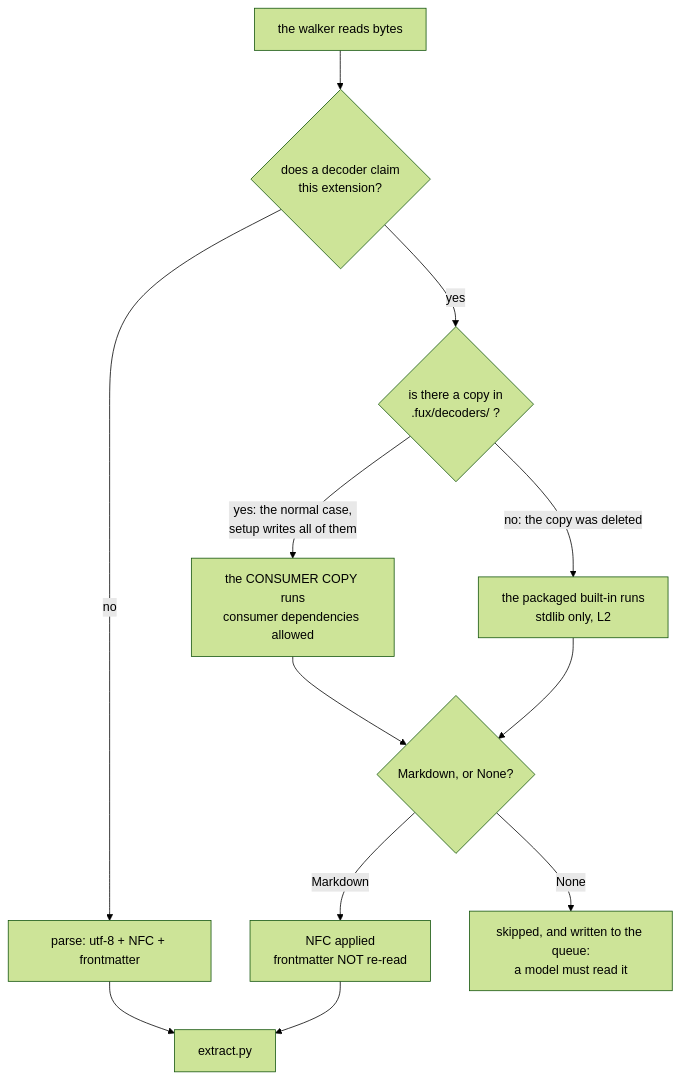
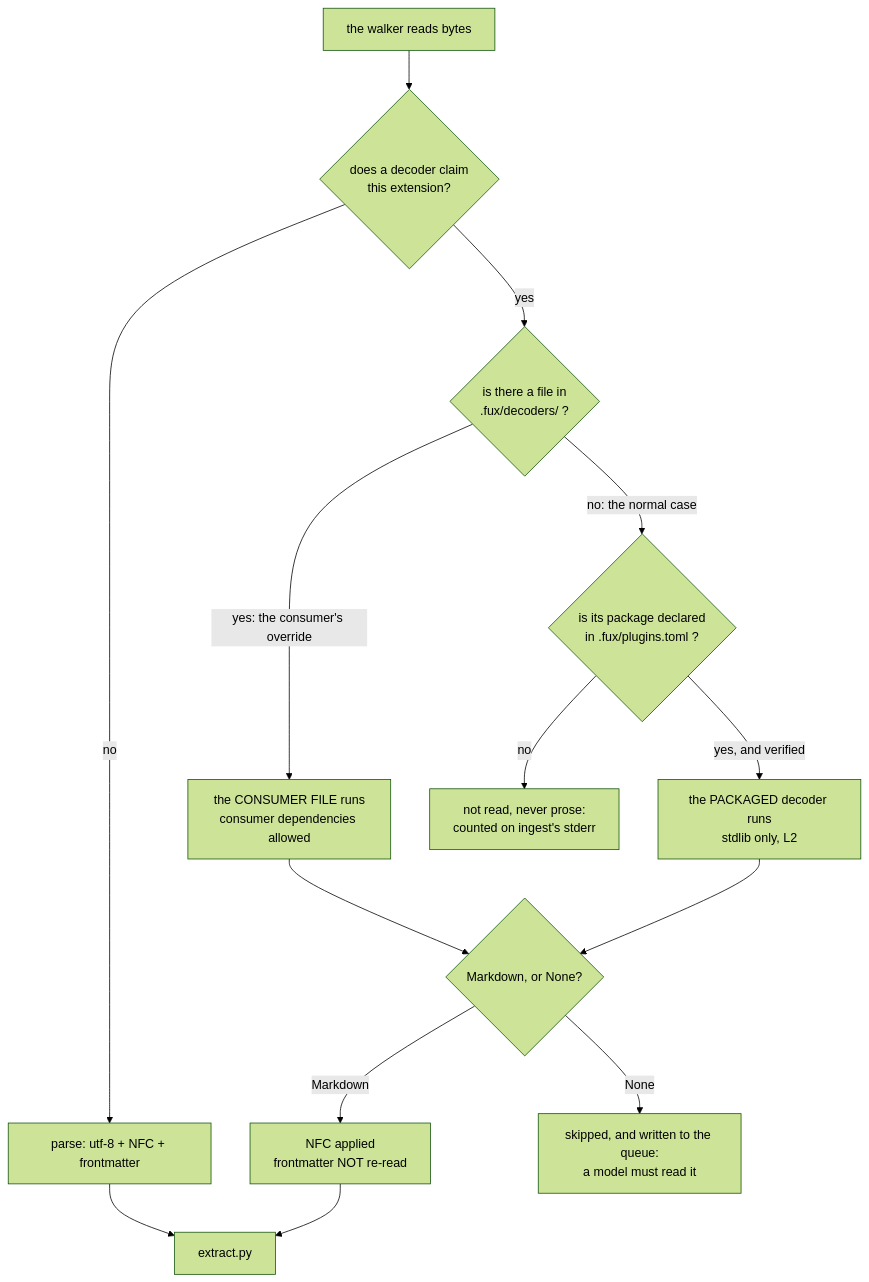
One commit to arpitarya/fux changed the diagram in records/0139_decode.md. Above: the diagram before and after it, drawn with Mermaid (forest theme). The commit also changed other lines of this file and 130 other files, not shown here.

````diff
--- a/records/0139_decode.md
+++ b/records/0139_decode.md
@@ -58,14 +68,16 @@
 ```mermaid
 flowchart TD
     W["the walker reads bytes"] --> C{"does a decoder claim<br/>this extension?"}
     C -->|no| P["parse: utf-8 + NFC + frontmatter"]
     P --> X["extract.py"]
-    C -->|yes| O{"is there a copy in<br/>.fux/decoders/ ?"}
-    O -->|"yes: the normal case,<br/>setup writes all of them"| CD["the CONSUMER COPY runs<br/>consumer dependencies allowed"]
-    O -->|"no: the copy was deleted"| BD["the packaged built-in runs<br/>stdlib only, L2"]
+    C -->|yes| O{"is there a file in<br/>.fux/decoders/ ?"}
+    O -->|"yes: the consumer's override"| CD["the CONSUMER FILE runs<br/>consumer dependencies allowed"]
+    O -->|"no: the normal case"| D{"is its package declared<br/>in .fux/plugins.toml ?"}
+    D -->|"yes, and verified"| BD["the PACKAGED decoder runs<br/>stdlib only, L2"]
+    D -->|"no"| U["not read, never prose:<br/>counted on ingest's stderr"]
     CD --> R{"Markdown, or None?"}
     BD --> R
     R -->|Markdown| N["NFC applied<br/>frontmatter NOT re-read"]
     N --> X
     R -->|None| Q["skipped, and written to the queue:<br/>a model must read it"]
 ```
````
